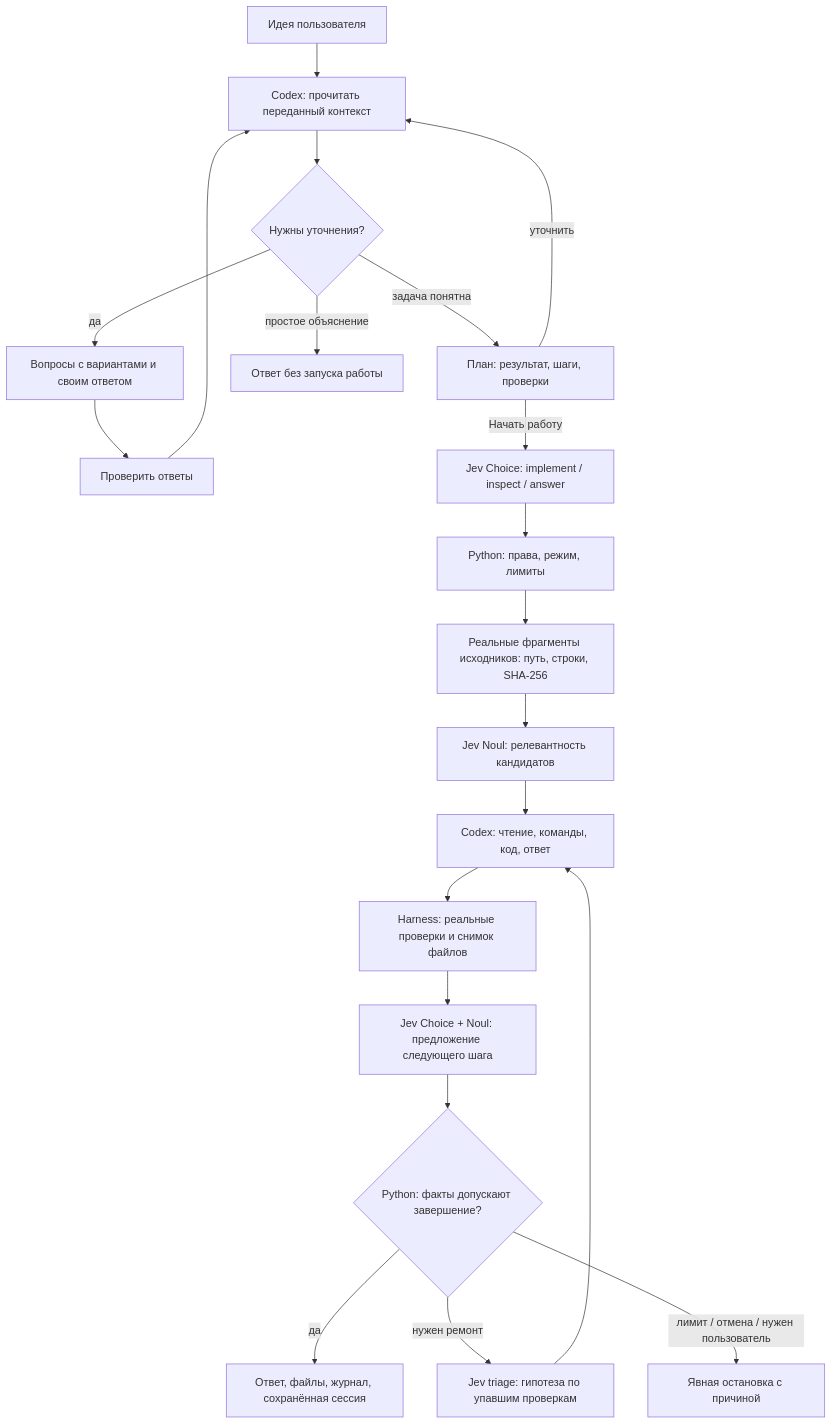
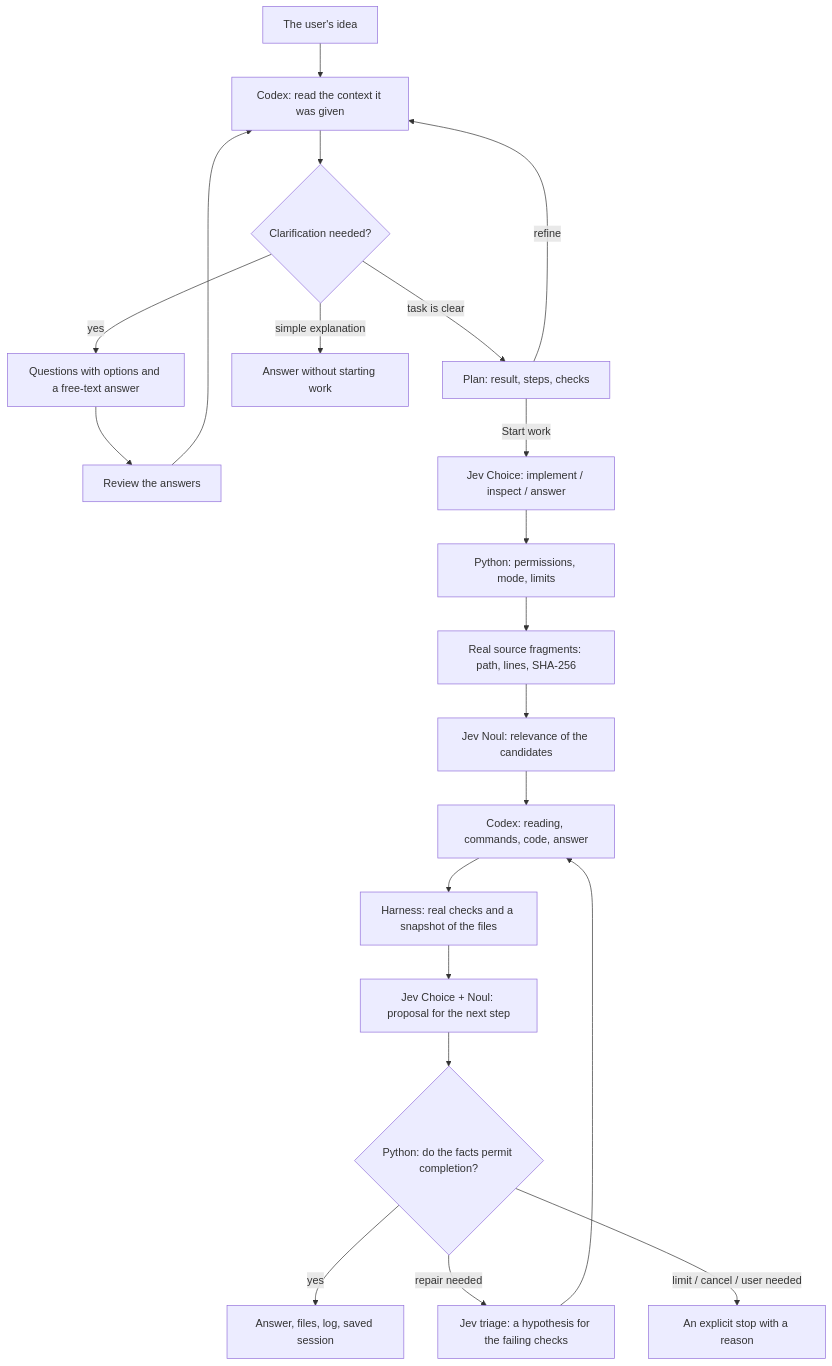
Before and after one commit to Archive228/jev-harness-engineering: the diagram in terminal-agent/ARTICLE-TERMINAL-V2.md, drawn with Mermaid. The commit also changed other lines of this file and 27 other files, not shown here.

````diff
--- a/terminal-agent/ARTICLE-TERMINAL-V2.md
+++ b/terminal-agent/ARTICLE-TERMINAL-V2.md
@@ -91,23 +97,23 @@
 ```mermaid
 flowchart TD
-    U[Идея пользователя] --> I[Codex: прочитать переданный контекст]
-    I --> Q{Нужны уточнения?}
-    Q -->|да| A[Вопросы с вариантами и своим ответом]
-    A --> B[Проверить ответы]
+    U[The user's idea] --> I[Codex: read the context it was given]
+    I --> Q{Clarification needed?}
+    Q -->|yes| A[Questions with options and a free-text answer]
+    A --> B[Review the answers]
     B --> I
-    Q -->|задача понятна| L[План: результат, шаги, проверки]
-    Q -->|простое объяснение| E[Ответ без запуска работы]
-    L -->|уточнить| I
-    L -->|Начать работу| R[Jev Choice: implement / inspect / answer]
-    R --> P[Python: права, режим, лимиты]
-    P --> C[Реальные фрагменты исходников: путь, строки, SHA-256]
-    C --> J[Jev Noul: релевантность кандидатов]
-    J --> W[Codex: чтение, команды, код, ответ]
-    W --> T[Harness: реальные проверки и снимок файлов]
-    T --> V[Jev Choice + Noul: предложение следующего шага]
-    V --> H{Python: факты допускают завершение?}
-    H -->|да| D[Ответ, файлы, журнал, сохранённая сессия]
-    H -->|нужен ремонт| F[Jev triage: гипотеза по упавшим проверкам]
+    Q -->|task is clear| L[Plan: result, steps, checks]
+    Q -->|simple explanation| E[Answer without starting work]
+    L -->|refine| I
+    L -->|Start work| R[Jev Choice: implement / inspect / answer]
+    R --> P[Python: permissions, mode, limits]
+    P --> C[Real source fragments: path, lines, SHA-256]
+    C --> J[Jev Noul: relevance of the candidates]
+    J --> W[Codex: reading, commands, code, answer]
+    W --> T[Harness: real checks and a snapshot of the files]
+    T --> V[Jev Choice + Noul: proposal for the next step]
+    V --> H{Python: do the facts permit completion?}
+    H -->|yes| D[Answer, files, log, saved session]
+    H -->|repair needed| F[Jev triage: a hypothesis for the failing checks]
     F --> W
-    H -->|лимит / отмена / нужен пользователь| S[Явная остановка с причиной]
+    H -->|limit / cancel / user needed| S[An explicit stop with a reason]
 ```
````
